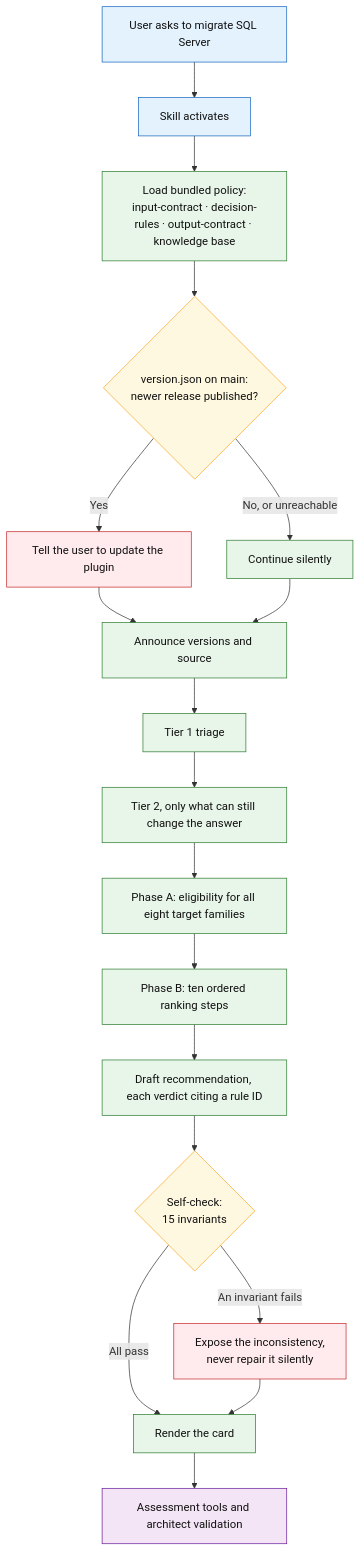
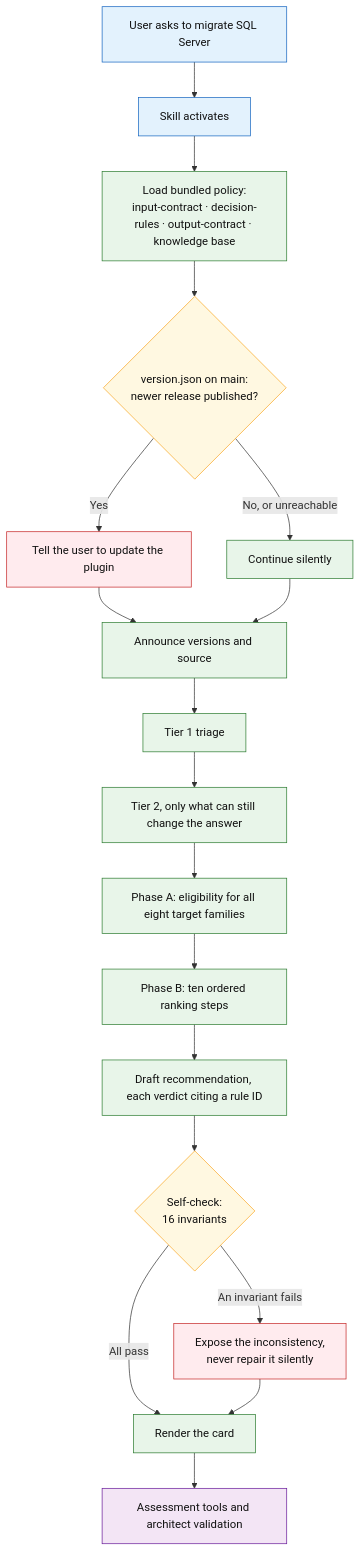
One commit to fredgis/sql-migration-advisor changed the first of 6 diagrams in docs/sql-migration-advisor-developer-pitch.md. Above: the diagram before and after it, drawn with Mermaid. The commit also changed other lines of this file and 26 other files, not shown here.

````diff
--- a/docs/sql-migration-advisor-developer-pitch.md
+++ b/docs/sql-migration-advisor-developer-pitch.md
@@ -23,34 +23,34 @@
 ```mermaid
 flowchart TD
     A[User asks to migrate SQL Server] --> B[Skill activates]
 
     B --> C[Load bundled policy:<br/>input-contract · decision-rules · output-contract · knowledge base]
     C --> D{version.json on main:<br/>newer release published?}
     D -- Yes --> E[Tell the user to update the plugin]
     D -- No, or unreachable --> F[Continue silently]
     E --> G[Announce versions and source]
     F --> G
 
     G --> H[Tier 1 triage]
     H --> I[Tier 2, only what can still change the answer]
     I --> J[Phase A: eligibility for all eight target families]
     J --> K[Phase B: ten ordered ranking steps]
     K --> L[Draft recommendation, each verdict citing a rule ID]
 
-    L --> M{Self-check:<br/>15 invariants}
+    L --> M{Self-check:<br/>16 invariants}
     M -- An invariant fails --> N[Expose the inconsistency,<br/>never repair it silently]
     M -- All pass --> O[Render the card]
     N --> O
     O --> P[Assessment tools and architect validation]
 
     classDef entry fill:#e3f2fd,stroke:#1565c0,color:#111
     classDef ask fill:#fff8e1,stroke:#f9a825,color:#111
     classDef flow fill:#e8f5e9,stroke:#2e7d32,color:#111
     classDef guard fill:#ffebee,stroke:#c62828,color:#111
     classDef human fill:#f3e5f5,stroke:#6a1b9a,color:#111
     class A,B entry
     class D,M ask
     class C,F,G,H,I,J,K,L,O flow
     class E,N guard
     class P human
 ```
````
